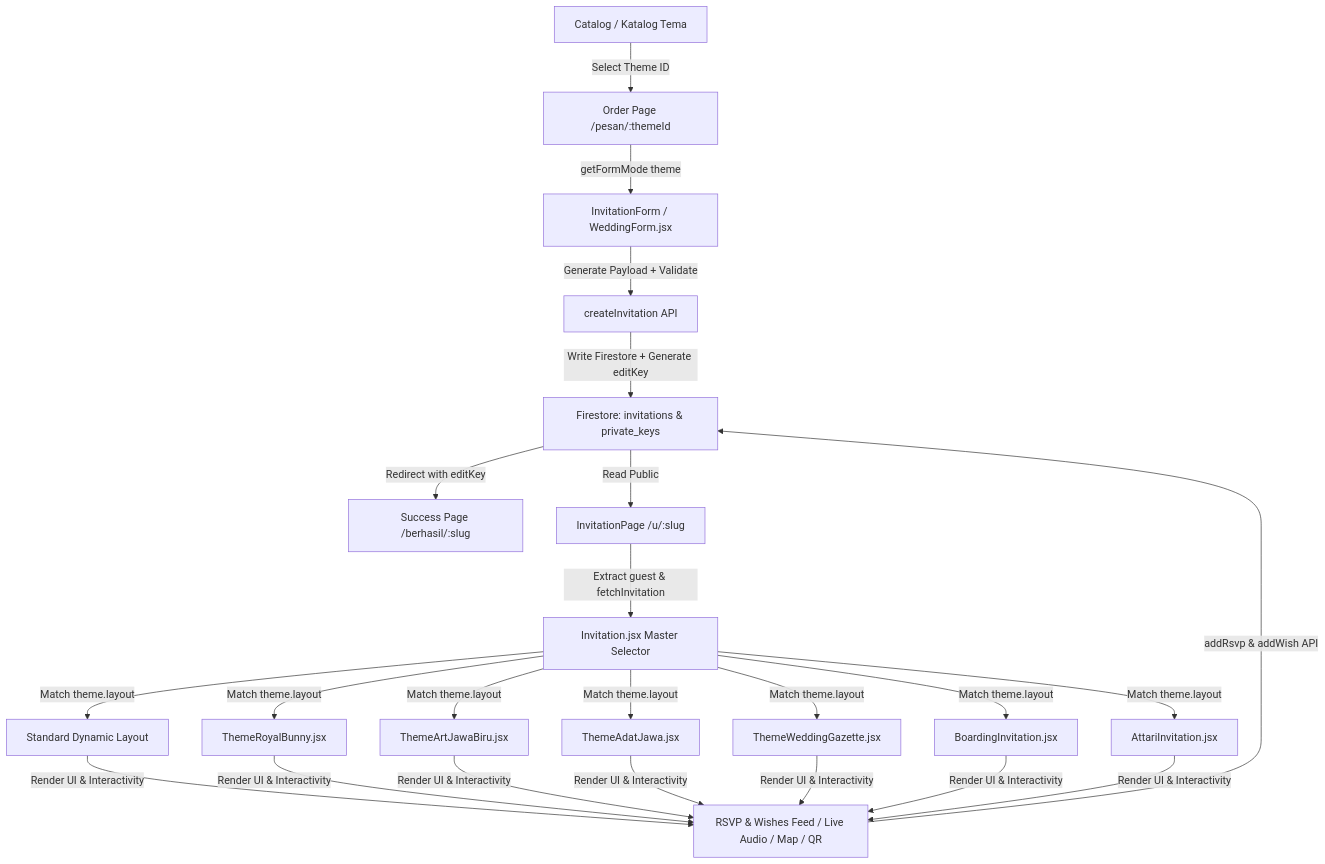
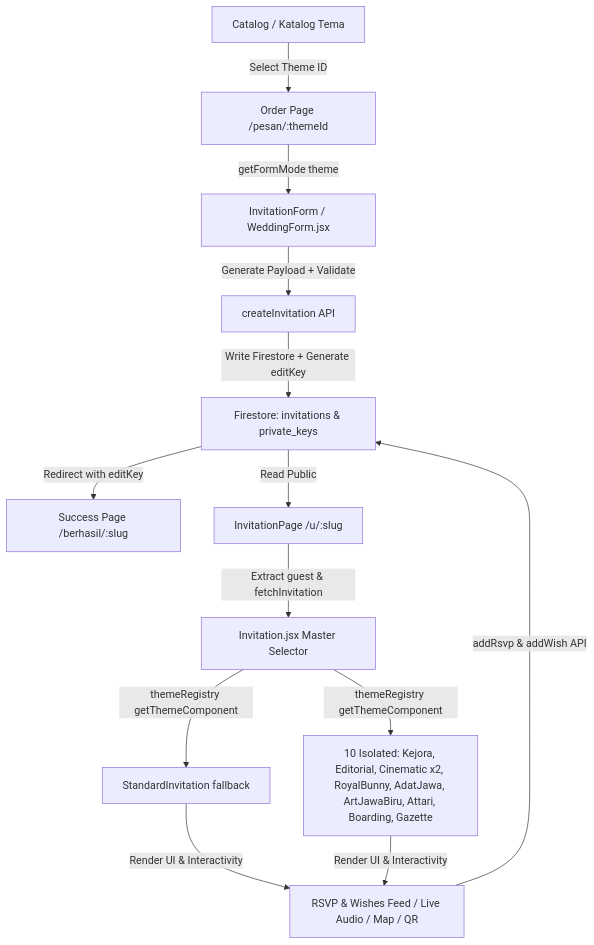
Before and after one commit to Dejavu97/aruna: the first of 3 diagrams in docs/ARCHITECTURE_CONTRACT.md, drawn with Mermaid. The commit also changed other lines of this file and 2 other files, not shown here.

Commit message:
docs(f5): sync contract to post-refactor reality — TOC renumber, registry dispatch, serverless-only backend, risk map og/admin-login

````diff
--- a/docs/ARCHITECTURE_CONTRACT.md
+++ b/docs/ARCHITECTURE_CONTRACT.md
@@ -47,21 +51,16 @@
 ```mermaid
 flowchart TD
     A[Catalog / Katalog Tema] -->|Select Theme ID| B[Order Page /pesan/:themeId]
     B -->|getFormMode theme| C[InvitationForm / WeddingForm.jsx]
     C -->|Generate Payload + Validate| D[createInvitation API]
     D -->|Write Firestore + Generate editKey| E[Firestore: invitations & private_keys]
     E -->|Redirect with editKey| F[Success Page /berhasil/:slug]
     
     E -->|Read Public| G[InvitationPage /u/:slug]
     G -->|Extract guest & fetchInvitation| H[Invitation.jsx Master Selector]
-    H -->|Match theme.layout| I1[Standard Dynamic Layout]
-    H -->|Match theme.layout| I2[ThemeRoyalBunny.jsx]
-    H -->|Match theme.layout| I3[ThemeArtJawaBiru.jsx]
-    H -->|Match theme.layout| I4[ThemeAdatJawa.jsx]
-    H -->|Match theme.layout| I5[ThemeWeddingGazette.jsx]
-    H -->|Match theme.layout| I6[BoardingInvitation.jsx]
-    H -->|Match theme.layout| I7[AttariInvitation.jsx]
+    H -->|themeRegistry getThemeComponent| I1[StandardInvitation fallback]
+    H -->|themeRegistry getThemeComponent| I2[10 Isolated: Kejora, Editorial, Cinematic x2, RoyalBunny, AdatJawa, ArtJawaBiru, Attari, Boarding, Gazette]
     
-    I1 & I2 & I3 & I4 & I5 & I6 & I7 -->|Render UI & Interactivity| J[RSVP & Wishes Feed / Live Audio / Map / QR]
+    I1 & I2 -->|Render UI & Interactivity| J[RSVP & Wishes Feed / Live Audio / Map / QR]
     J -->|addRsvp & addWish API| E
 ```
````
